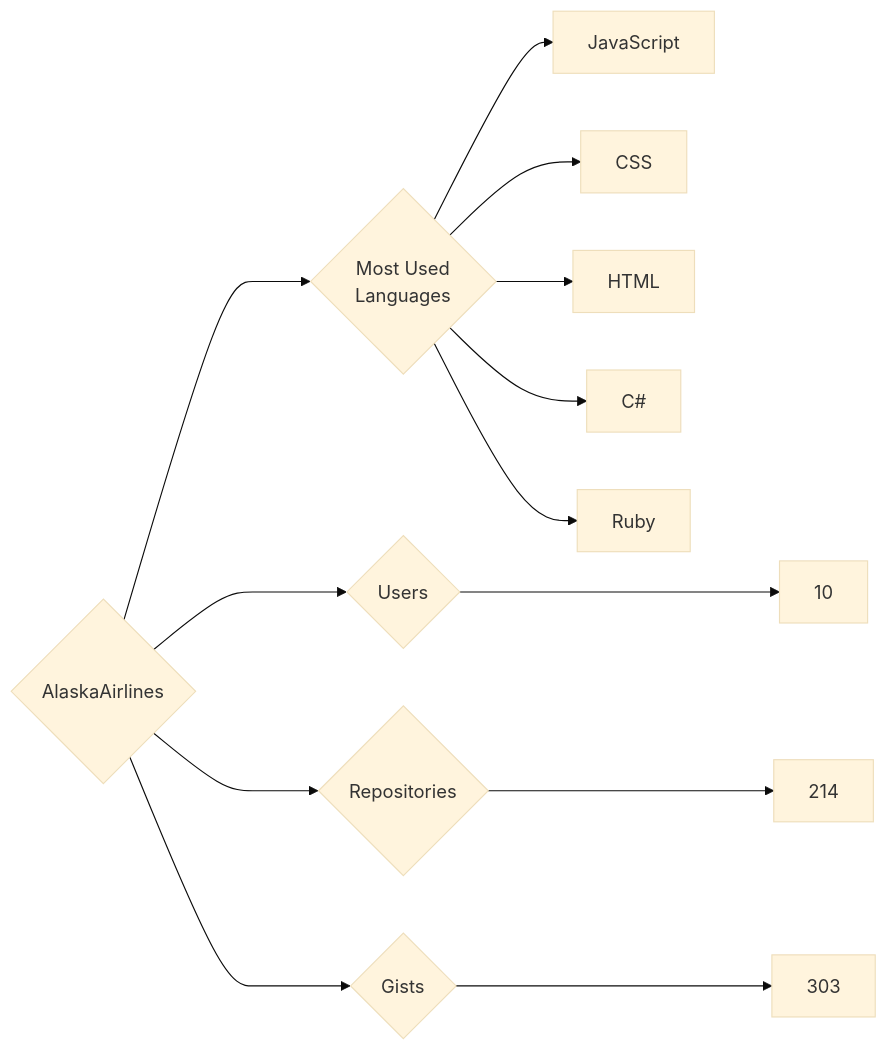
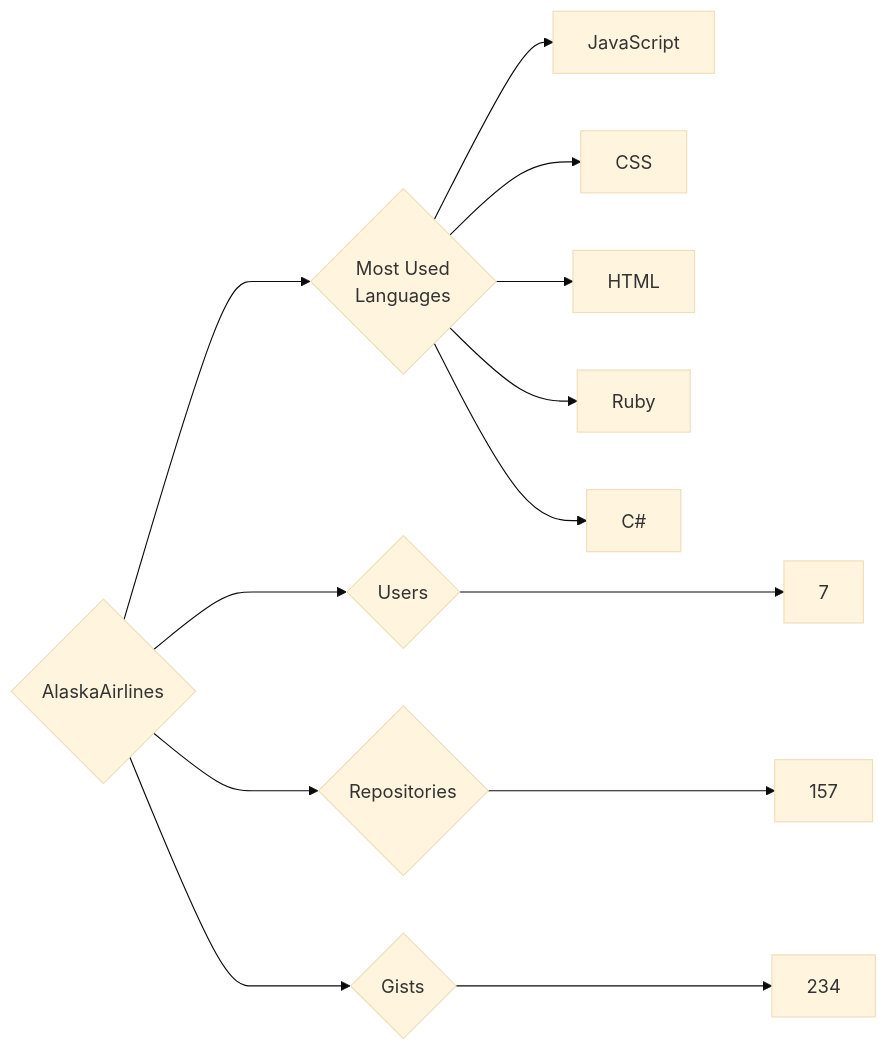
One commit to trickest/insiders changed the diagram in targets/AlaskaAirlines/README.md. Above: the diagram before and after it, drawn with Mermaid (base theme). The commit also changed 860 other files, not shown here.

````diff
--- a/targets/AlaskaAirlines/README.md
+++ b/targets/AlaskaAirlines/README.md
@@ -3,13 +3,13 @@
 ```mermaid
 graph LR
 COMPANY_NAME{AlaskaAirlines}
-COMPANY_NAME ---> U{Users} ---> UN[10]
-COMPANY_NAME ---> R{Repositories} ---> RN[214]
-COMPANY_NAME ---> G{Gists} ---> GN[303]
+COMPANY_NAME ---> U{Users} ---> UN[7]
+COMPANY_NAME ---> R{Repositories} ---> RN[157]
+COMPANY_NAME ---> G{Gists} ---> GN[234]
 COMPANY_NAME ---> ML{Most Used<br>Languages}
 ML --> JavaScript[JavaScript]
 ML --> CSS[CSS]
 ML --> HTML[HTML]
+ML --> Ruby[Ruby]
 ML --> C#[C#]
-ML --> Ruby[Ruby]
 ```
````
